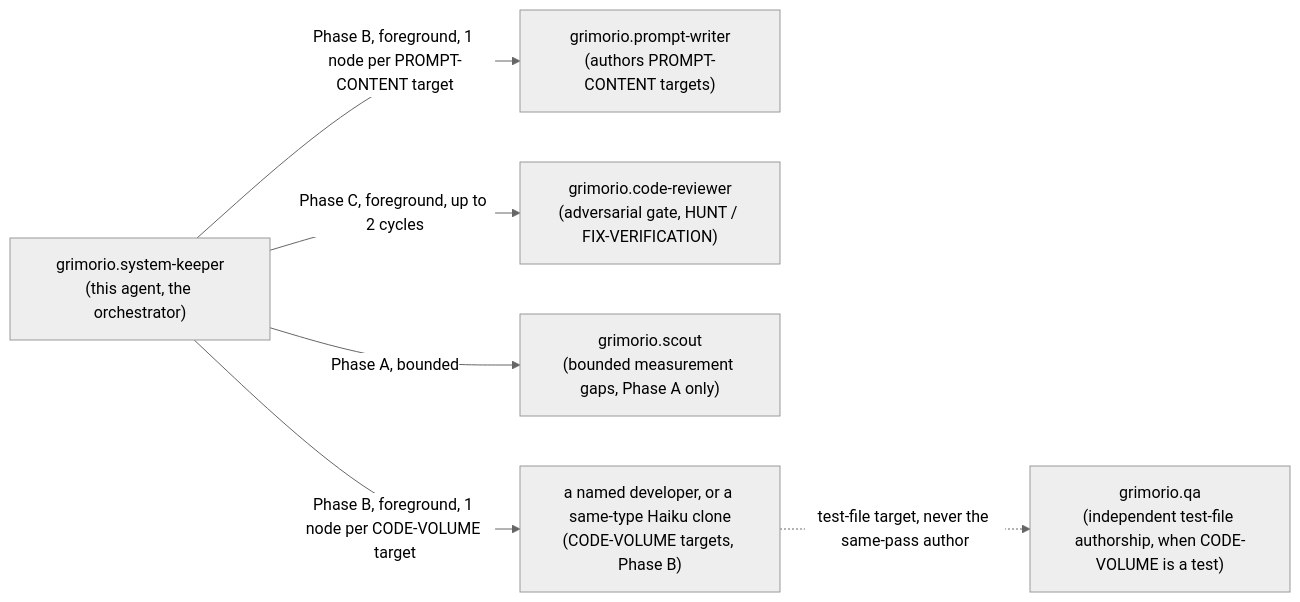
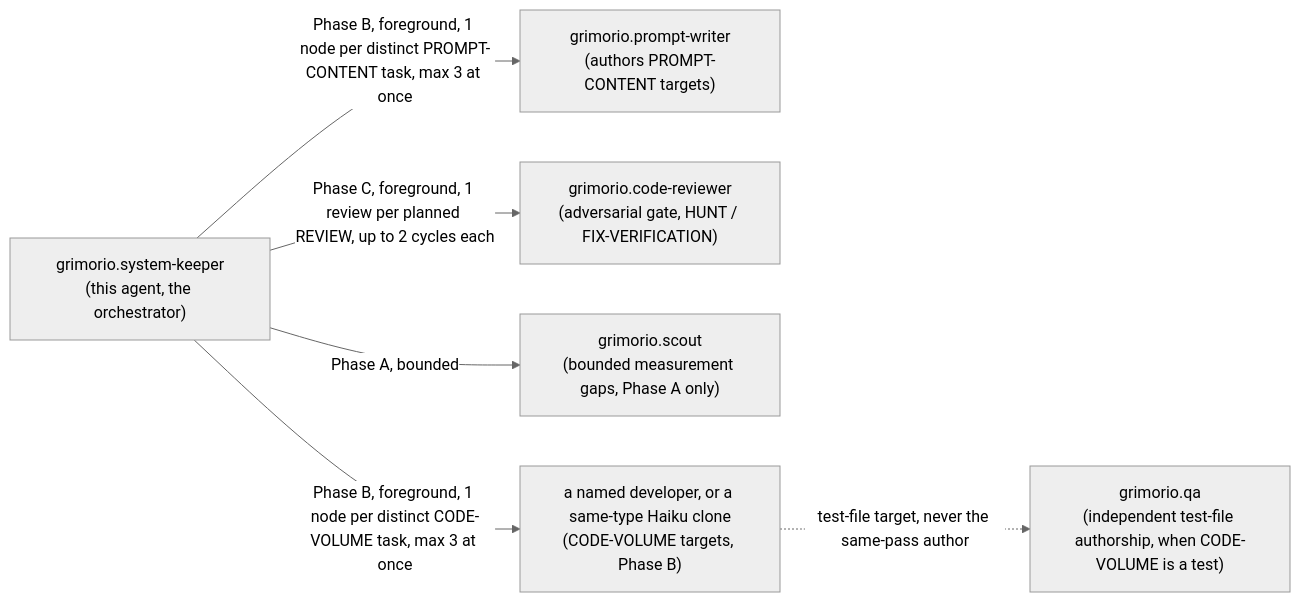
The first of 2 diagrams in .grimorio/agents/grimorio.system-keeper/design/quasi-software-view.md (Wilman2612/grimorio-agents), drawn with Mermaid (neutral theme) before and after one commit. The commit also changed other lines of this file and 12 other files, not shown here.

````diff
--- a/.grimorio/agents/grimorio.system-keeper/design/quasi-software-view.md
+++ b/.grimorio/agents/grimorio.system-keeper/design/quasi-software-view.md
@@ -24,15 +24,15 @@
 ```mermaid
 flowchart LR
     KEEPER["grimorio.system-keeper<br/>(this agent, the orchestrator)"]
     PW["grimorio.prompt-writer<br/>(authors PROMPT-CONTENT targets)"]
     CR["grimorio.code-reviewer<br/>(adversarial gate, HUNT / FIX-VERIFICATION)"]
     SCOUT["grimorio.scout<br/>(bounded measurement gaps, Phase A only)"]
     DEV["a named developer, or a same-type Haiku clone<br/>(CODE-VOLUME targets, Phase B)"]
     QA["grimorio.qa<br/>(independent test-file authorship, when CODE-VOLUME is a test)"]
 
     KEEPER -->|"Phase A, bounded"| SCOUT
-    KEEPER -->|"Phase B, foreground, 1 node per PROMPT-CONTENT target"| PW
-    KEEPER -->|"Phase B, foreground, 1 node per CODE-VOLUME target"| DEV
+    KEEPER -->|"Phase B, foreground, 1 node per distinct PROMPT-CONTENT task, max 3 at once"| PW
+    KEEPER -->|"Phase B, foreground, 1 node per distinct CODE-VOLUME task, max 3 at once"| DEV
     DEV -.->|"test-file target, never the same-pass author"| QA
-    KEEPER -->|"Phase C, foreground, up to 2 cycles"| CR
+    KEEPER -->|"Phase C, foreground, 1 review per planned REVIEW, up to 2 cycles each"| CR
 ```
````
